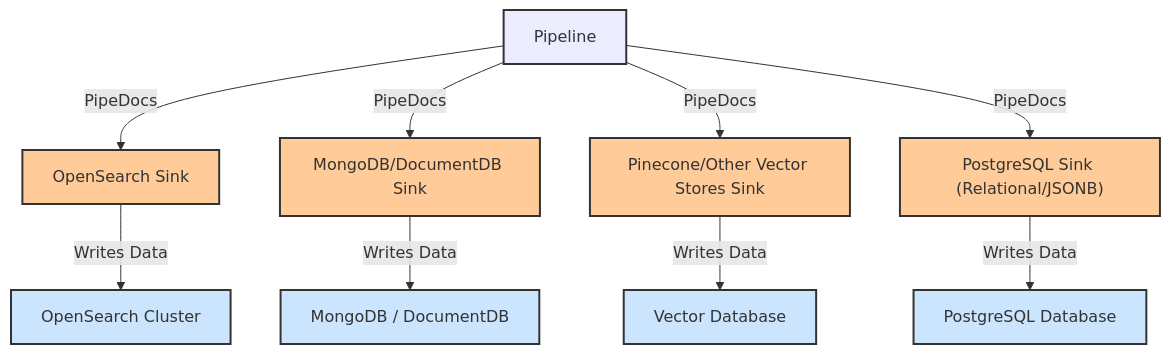
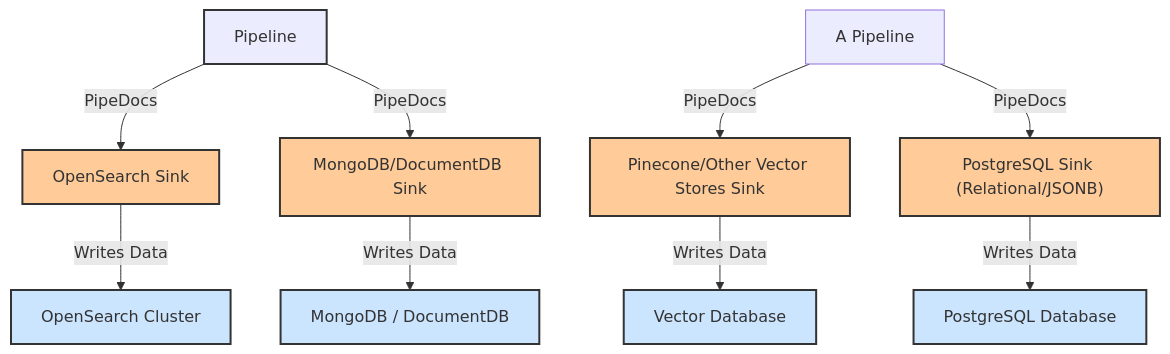
The third of 3 diagrams in ARCHITECTURE/Planned_integrations.md (krickert/rokkon), drawn with Mermaid before and after one commit. The commit also changed other lines of this file and 9 other files, not shown here.

````diff
--- a/ARCHITECTURE/Planned_integrations.md
+++ b/ARCHITECTURE/Planned_integrations.md
@@ -174,20 +174,20 @@
 ```mermaid
 graph TD
     PipelinePipeline[Pipeline] -- PipeDocs --> OpenSearchSink[OpenSearch Sink]
     PipelinePipeline -- PipeDocs --> MongoSink["MongoDB/DocumentDB Sink"]
-    PipelinePipeline -- PipeDocs --> VectorStoreSink["Pinecone/Other Vector Stores Sink"]
-    PipelinePipeline -- PipeDocs --> PostgresSink["PostgreSQL Sink (Relational/JSONB)"]
+        Pipeline[A Pipeline] -- PipeDocs --> VectorStoreSink["Pinecone/Other Vector Stores Sink"]
+    Pipeline -- PipeDocs --> PostgresSink["PostgreSQL Sink (Relational/JSONB)"]
 
     OpenSearchSink -- "Writes Data" --> OpenSearchCluster[OpenSearch Cluster]
     MongoSink -- "Writes Data" --> MongoCluster["MongoDB / DocumentDB"]
     VectorStoreSink -- "Writes Data" --> VectorDB[Vector Database]
     PostgresSink -- "Writes Data" --> PostgresDB[PostgreSQL Database]
 
     classDef sink fill:#ffcc99,stroke:#333,stroke-width:2px;
     classDef pipeline fill:#lightcoral,stroke:#333,stroke-width:2px;
     classDef datastore fill:#cce5ff,stroke:#333,stroke-width:2px;
 
     class OpenSearchSink,MongoSink,VectorStoreSink,PostgresSink sink;
     class PipelinePipeline pipeline;
     class OpenSearchCluster,MongoCluster,VectorDB,PostgresDB datastore;
 ```
````
